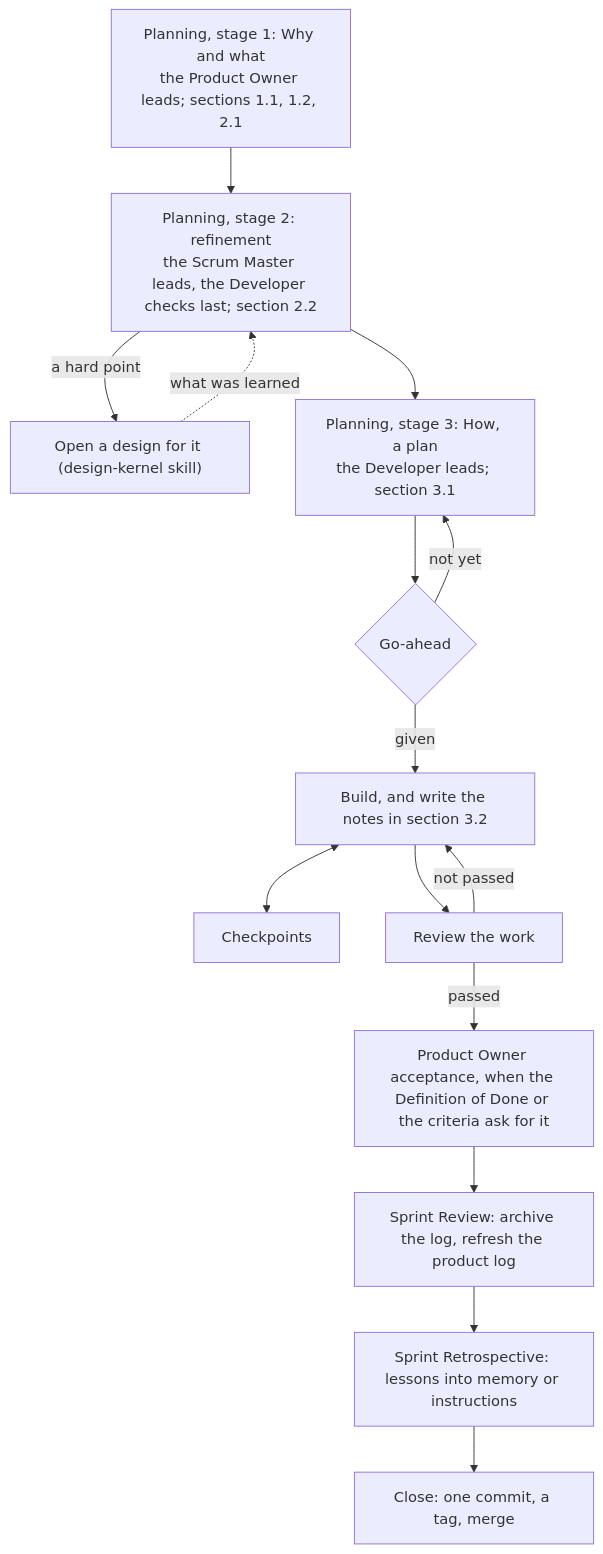
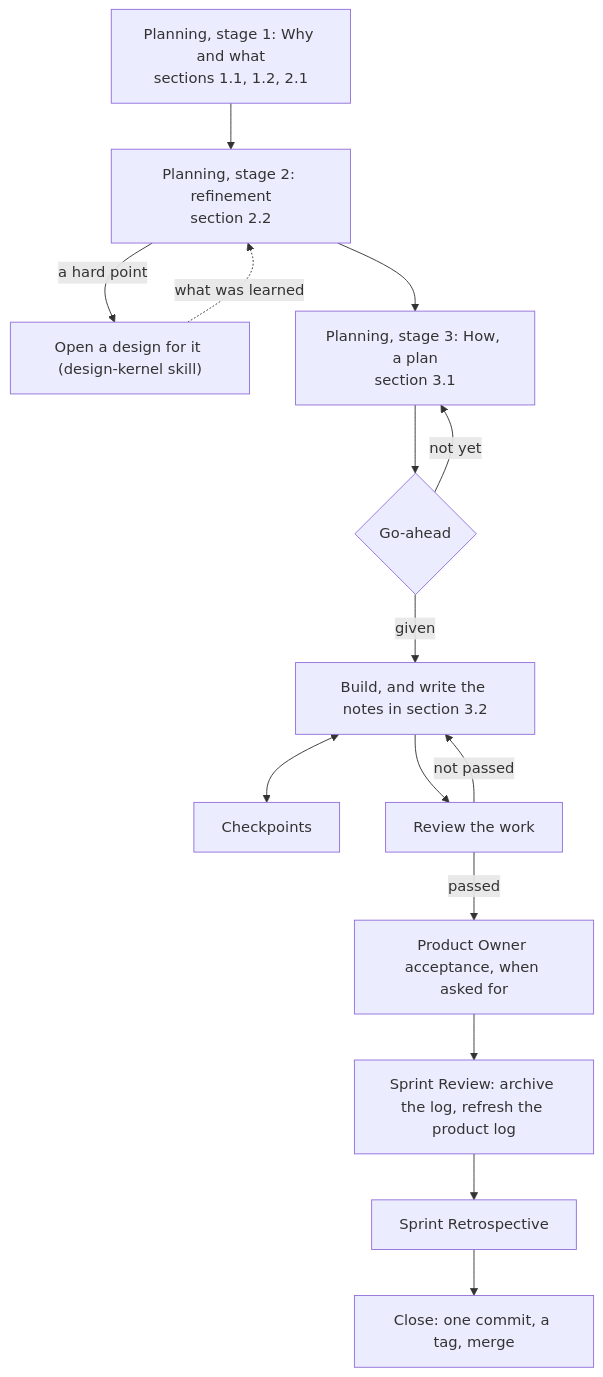
One commit to seapawn1/IDEO-Scrum changed the diagram in plugins/ideo-scrum/skills/scrum-kernel/conventions/sprint-log.md. Above: the diagram before and after it, drawn with Mermaid. The commit also changed other lines of this file and 9 other files, not shown here.

````diff
--- a/plugins/ideo-scrum/skills/scrum-kernel/conventions/sprint-log.md
+++ b/plugins/ideo-scrum/skills/scrum-kernel/conventions/sprint-log.md
@@ -18,17 +10,17 @@
 ```mermaid
 flowchart TD
-    S1["Planning, stage 1: Why and what<br/>the Product Owner leads; sections 1.1, 1.2, 2.1"] --> S2["Planning, stage 2: refinement<br/>the Scrum Master leads, the Developer checks last; section 2.2"]
+    S1["Planning, stage 1: Why and what<br/>sections 1.1, 1.2, 2.1"] --> S2["Planning, stage 2: refinement<br/>section 2.2"]
     S2 -- "a hard point" --> D["Open a design for it (design-kernel skill)"]
     D -. "what was learned" .-> S2
-    S2 --> S3["Planning, stage 3: How, a plan<br/>the Developer leads; section 3.1"]
+    S2 --> S3["Planning, stage 3: How, a plan<br/>section 3.1"]
     S3 --> G{"Go-ahead"}
     G -- "not yet" --> S3
     G -- "given" --> B["Build, and write the notes in section 3.2"]
     B <--> K["Checkpoints"]
     B --> R["Review the work"]
     R -- "not passed" --> B
-    R -- "passed" --> A["Product Owner acceptance, when the Definition of Done or the criteria ask for it"]
+    R -- "passed" --> A["Product Owner acceptance, when asked for"]
     A --> V["Sprint Review: archive the log, refresh the product log"]
-    V --> T["Sprint Retrospective: lessons into memory or instructions"]
+    V --> T["Sprint Retrospective"]
     T --> C["Close: one commit, a tag, merge"]
 ```
````
